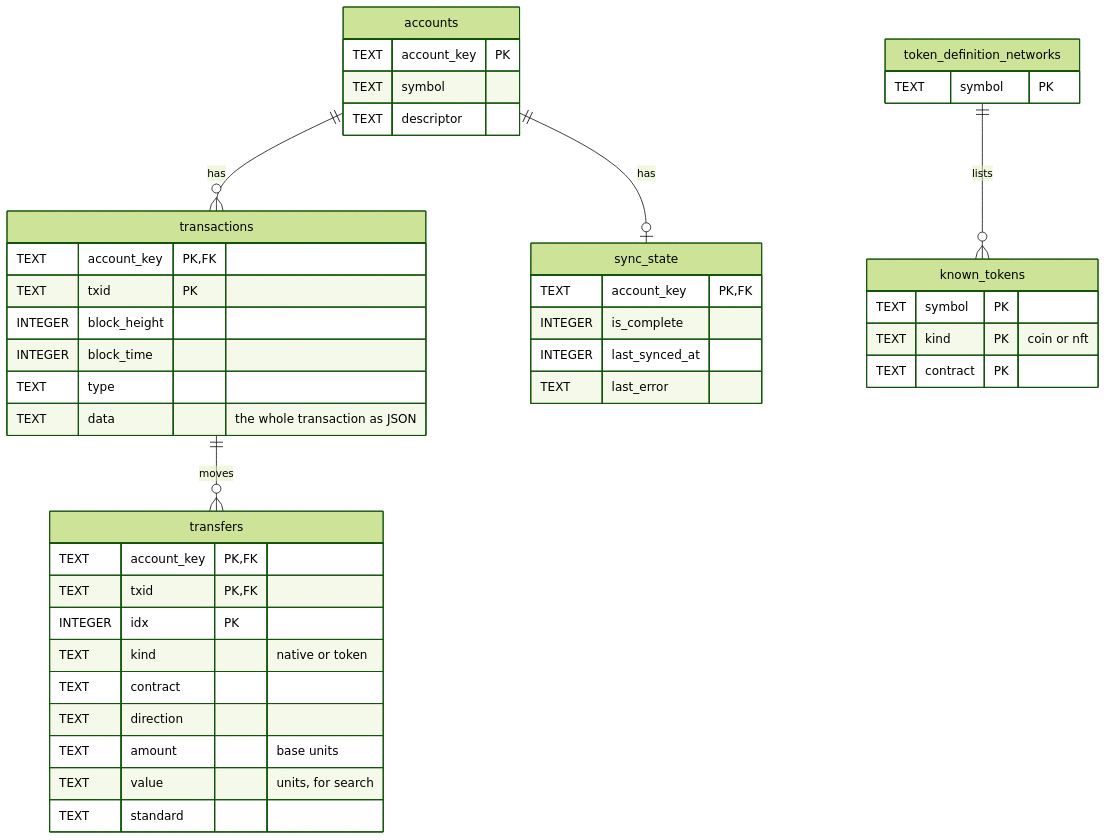
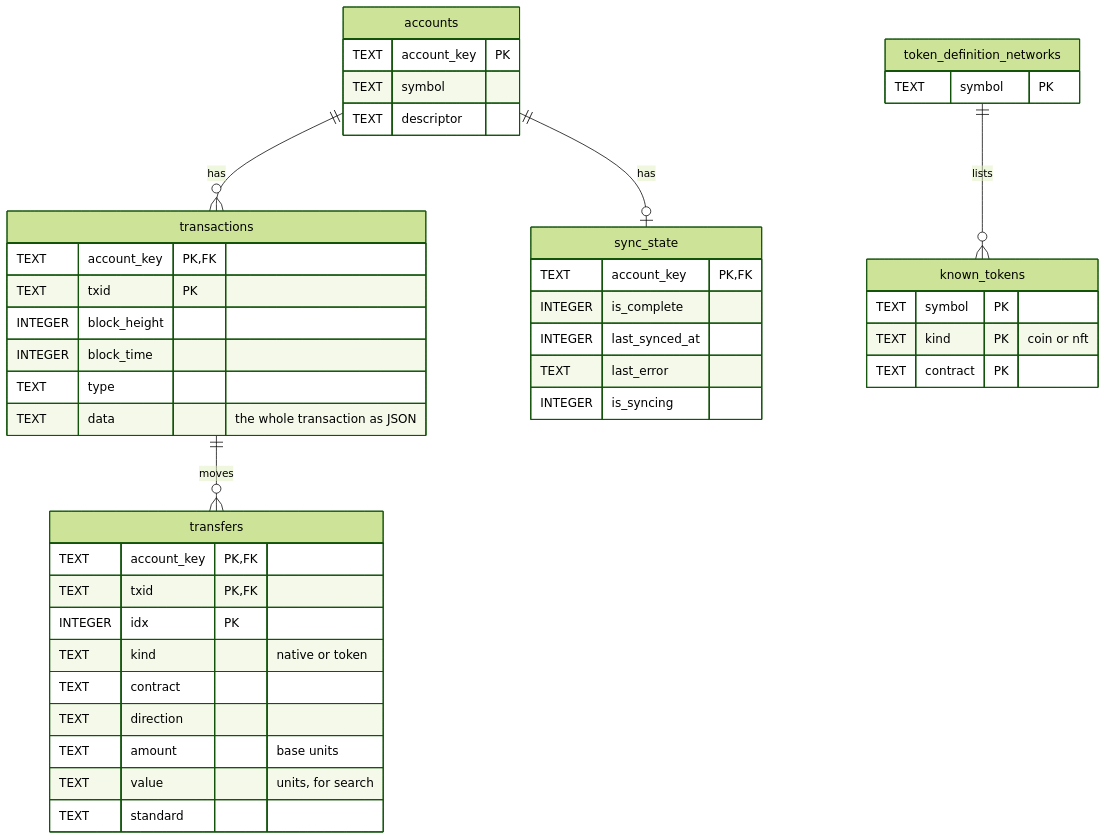
One commit to trezor/trezor-suite changed the third of 3 diagrams in suite-common/transaction-store/README.md. Above: the diagram before and after it, drawn with Mermaid (forest theme). The commit also changed other lines of this file and 28 other files, not shown here.

````diff
--- a/suite-common/transaction-store/README.md
+++ b/suite-common/transaction-store/README.md
@@ -161,46 +151,47 @@
 ```mermaid
 erDiagram
     accounts ||--o{ transactions : "has"
     accounts ||--o| sync_state : "has"
     transactions ||--o{ transfers : "moves"
     token_definition_networks ||--o{ known_tokens : "lists"
 
     accounts {
         TEXT account_key PK
         TEXT symbol
         TEXT descriptor
     }
     transactions {
         TEXT account_key PK, FK
         TEXT txid PK
         INTEGER block_height
         INTEGER block_time
         TEXT type
         TEXT data "the whole transaction as JSON"
     }
     sync_state {
         TEXT account_key PK, FK
         INTEGER is_complete
         INTEGER last_synced_at
         TEXT last_error
+        INTEGER is_syncing
     }
     transfers {
         TEXT account_key PK, FK
         TEXT txid PK, FK
         INTEGER idx PK
         TEXT kind "native or token"
         TEXT contract
         TEXT direction
         TEXT amount "base units"
         TEXT value "units, for search"
         TEXT standard
     }
     known_tokens {
         TEXT symbol PK
         TEXT kind PK "coin or nft"
         TEXT contract PK
     }
     token_definition_networks {
         TEXT symbol PK
     }
 ```
````
